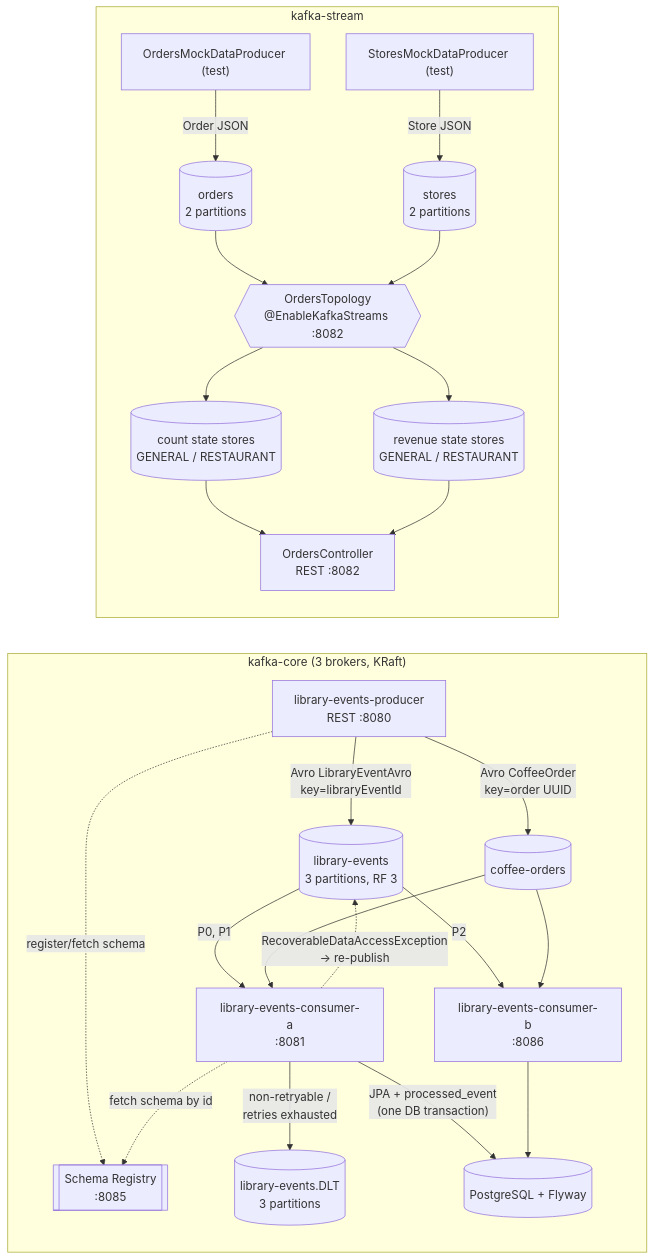
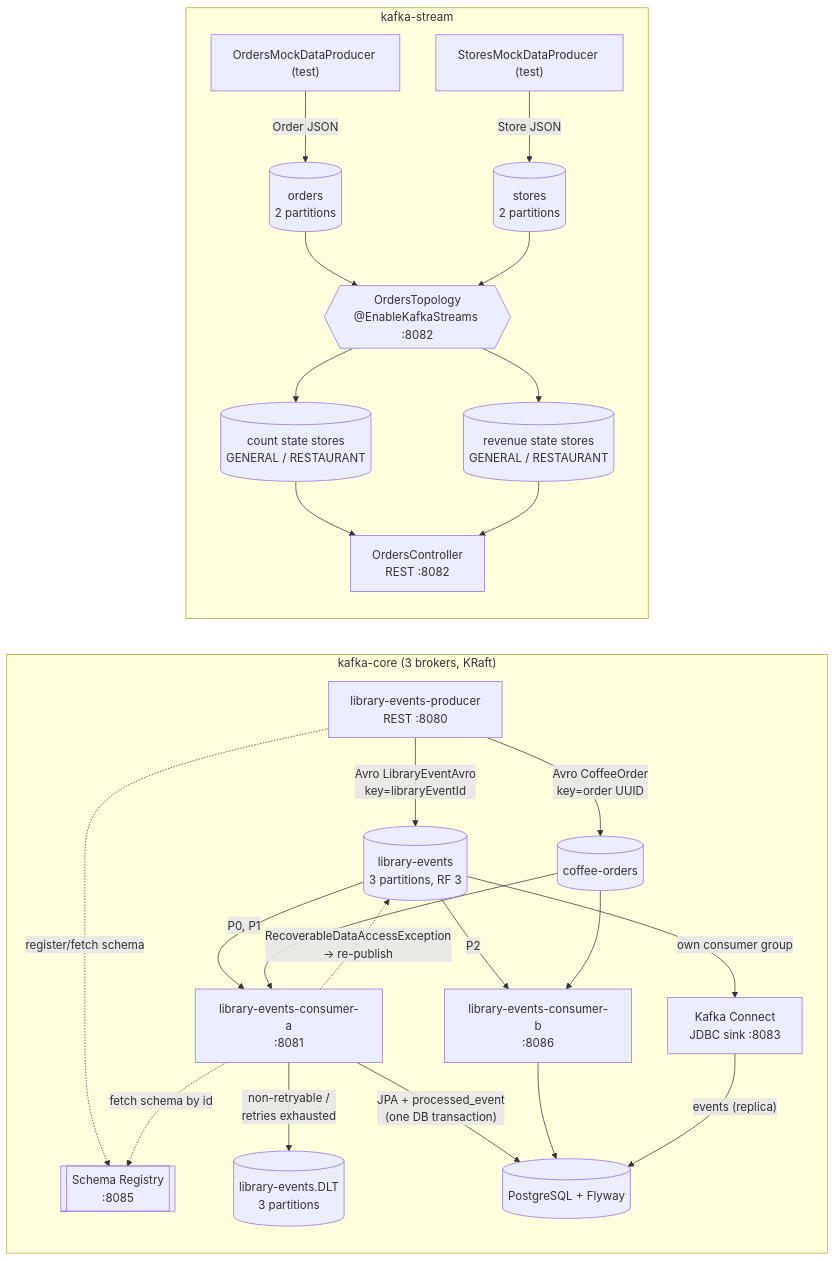
Before and after one commit to himnay/learning-kafka: the first of 2 diagrams in README.md, drawn with Mermaid. The commit also changed other lines of this file and 73 other files, not shown here.

````diff
--- a/README.md
+++ b/README.md
@@ -125,28 +125,30 @@
 ```mermaid
 flowchart LR
     subgraph "kafka-core (3 brokers, KRaft)"
         ProducerAPI["library-events-producer\nREST :8080"] -->|"Avro LibraryEventAvro\nkey=libraryEventId"| T1[("library-events\n3 partitions, RF 3")]
         ProducerAPI -->|"Avro CoffeeOrder\nkey=order UUID"| T2[("coffee-orders")]
         ProducerAPI -. "register/fetch schema" .-> SR[["Schema Registry\n:8085"]]
         T1 -->|"P0, P1"| ConsumerA["library-events-consumer-a\n:8081"]
         T1 -->|"P2"| ConsumerB["library-events-consumer-b\n:8086"]
         T2 --> ConsumerA
         T2 --> ConsumerB
         ConsumerA -. "fetch schema by id" .-> SR
         ConsumerA -->|"non-retryable /\nretries exhausted"| DLT[("library-events.DLT\n3 partitions")]
         ConsumerA -->|"JPA + processed_event\n(one DB transaction)"| PG[(PostgreSQL + Flyway)]
         ConsumerB --> PG
         ConsumerA -.->|"RecoverableDataAccessException\n→ re-publish"| T1
+        T1 -->|"own consumer group"| KC["Kafka Connect\nJDBC sink :8083"]
+        KC -->|"events (replica)"| PG
     end
 
     subgraph "kafka-stream"
         OrdersProducer["OrdersMockDataProducer (test)"] -->|"Order JSON"| T3[("orders\n2 partitions")]
         StoresProducer["StoresMockDataProducer (test)"] -->|"Store JSON"| T4[("stores\n2 partitions")]
         T3 --> Topology{{"OrdersTopology\n@EnableKafkaStreams :8082"}}
         T4 --> Topology
         Topology --> CountStore[("count state stores\nGENERAL / RESTAURANT")]
         Topology --> RevenueStore[("revenue state stores\nGENERAL / RESTAURANT")]
         CountStore --> StreamsAPI["OrdersController\nREST :8082"]
         RevenueStore --> StreamsAPI
     end
 ```
````
